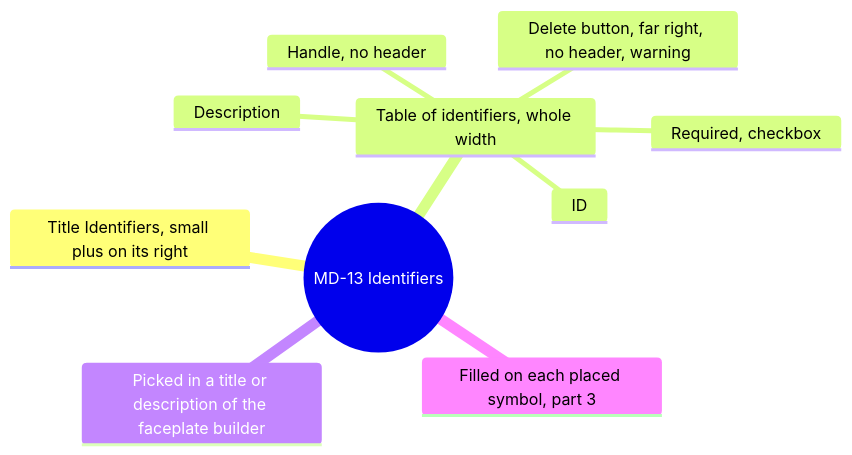
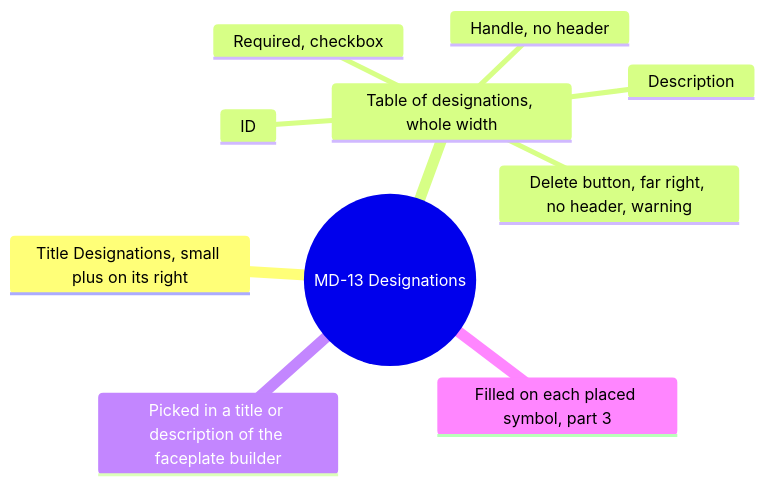
Before and after one commit to AlexandreGallais/synoptic-studio-spec: diagram 16 of 16 in screens/metadata.md, drawn with Mermaid. The commit also changed other lines of this file and 19 other files, not shown here.

````diff
--- a/screens/metadata.md
+++ b/screens/metadata.md
@@ -556,13 +556,13 @@
 ```mermaid
 mindmap
-  root((MD-13 Identifiers))
-    Title Identifiers, small plus on its right
-    Table of identifiers, whole width
+  root((MD-13 Designations))
+    Title Designations, small plus on its right
+    Table of designations, whole width
       Handle, no header
       ID
       Required, checkbox
       Description
       Delete button, far right, no header, warning
     Picked in a title or description of the faceplate builder
     Filled on each placed symbol, part 3
 ```
````
